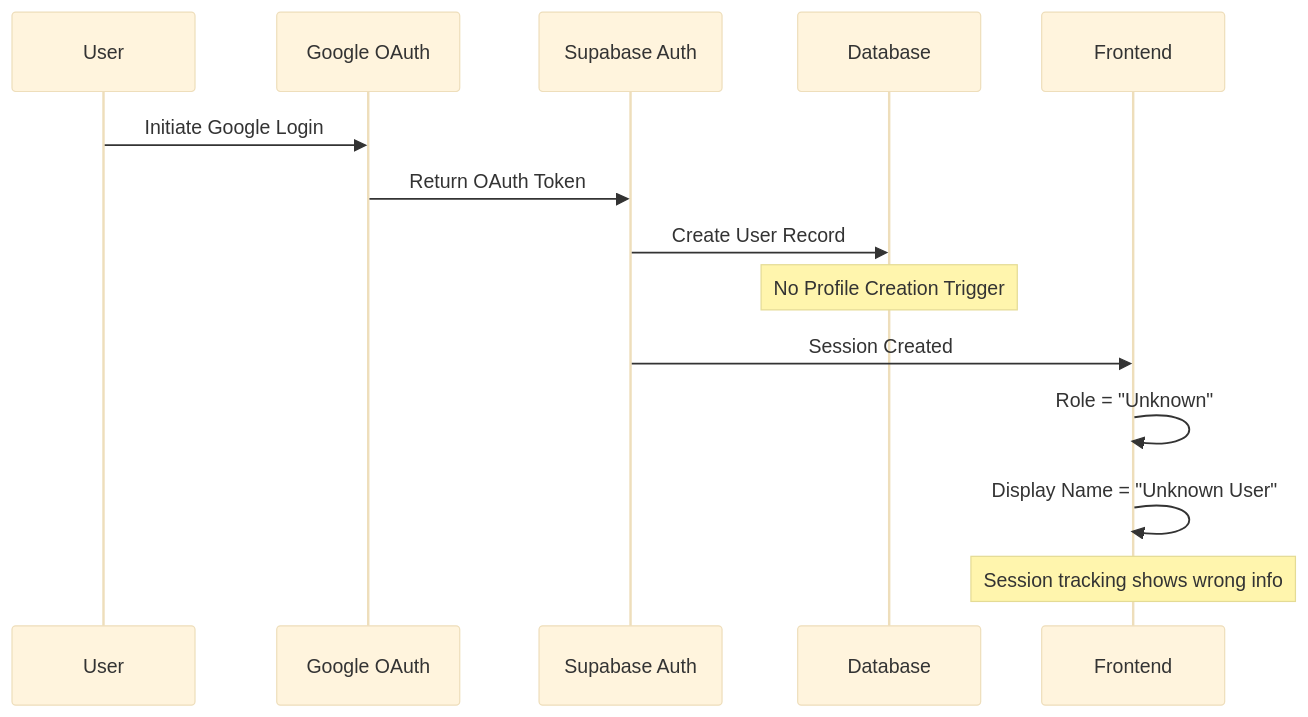
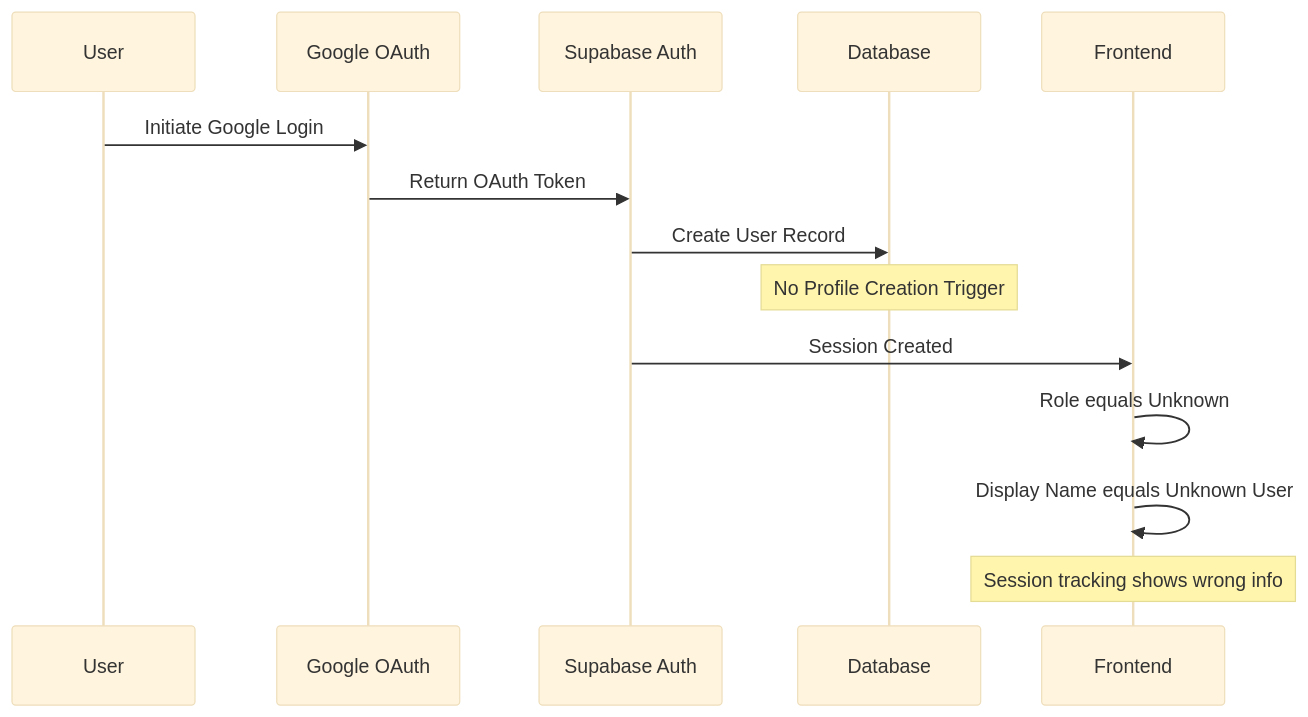
One commit to Splurfa/bx-os changed the third of 3 diagrams in Docs/Flowcharts/Current-State/01-current-authentication-routing.md. Above: the diagram before and after it, drawn with Mermaid (base theme). The commit also changed other lines of this file and 9 other files, not shown here.

First line of the commit message:
Fix Mermaid syntax errors

````diff
--- a/Docs/Flowcharts/Current-State/01-current-authentication-routing.md
+++ b/Docs/Flowcharts/Current-State/01-current-authentication-routing.md
@@ -58,17 +58,17 @@
 ```mermaid
 sequenceDiagram
     participant U as User
     participant G as Google OAuth
     participant S as Supabase Auth
     participant DB as Database
     participant UI as Frontend
 
     U->>G: Initiate Google Login
     G->>S: Return OAuth Token
     S->>DB: Create User Record
     Note over DB: No Profile Creation Trigger
     S->>UI: Session Created
-    UI->>UI: Role = "Unknown"
-    UI->>UI: Display Name = "Unknown User"
+    UI->>UI: Role equals Unknown
+    UI->>UI: Display Name equals Unknown User
     Note over UI: Session tracking shows wrong info
 ```
````
